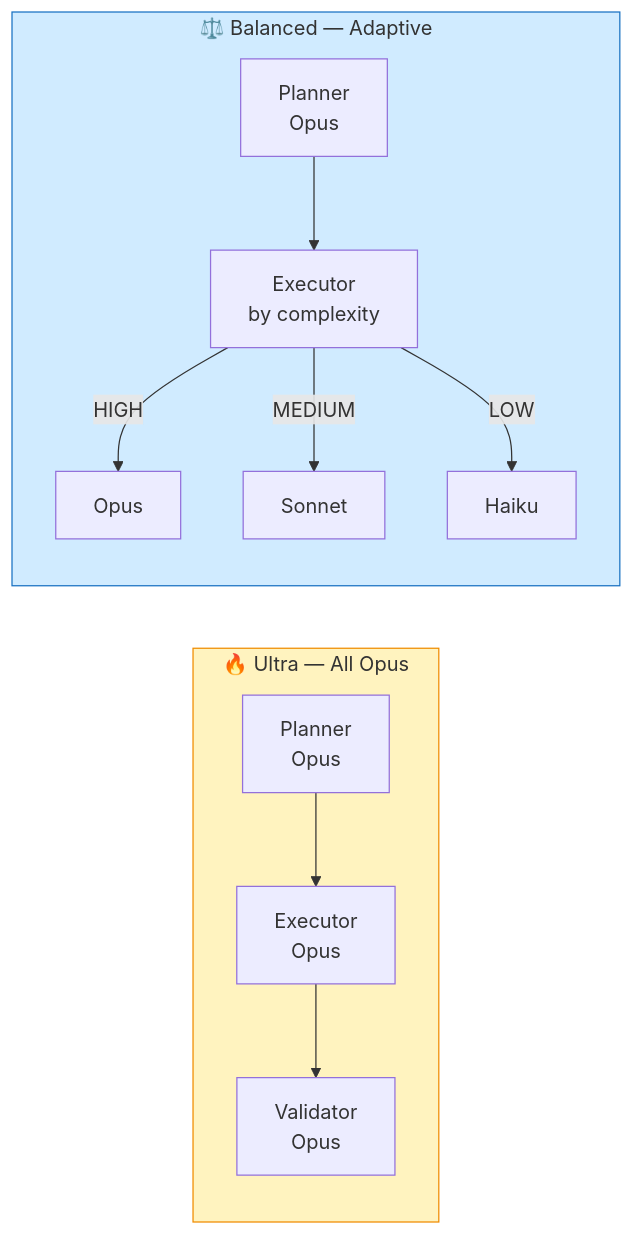
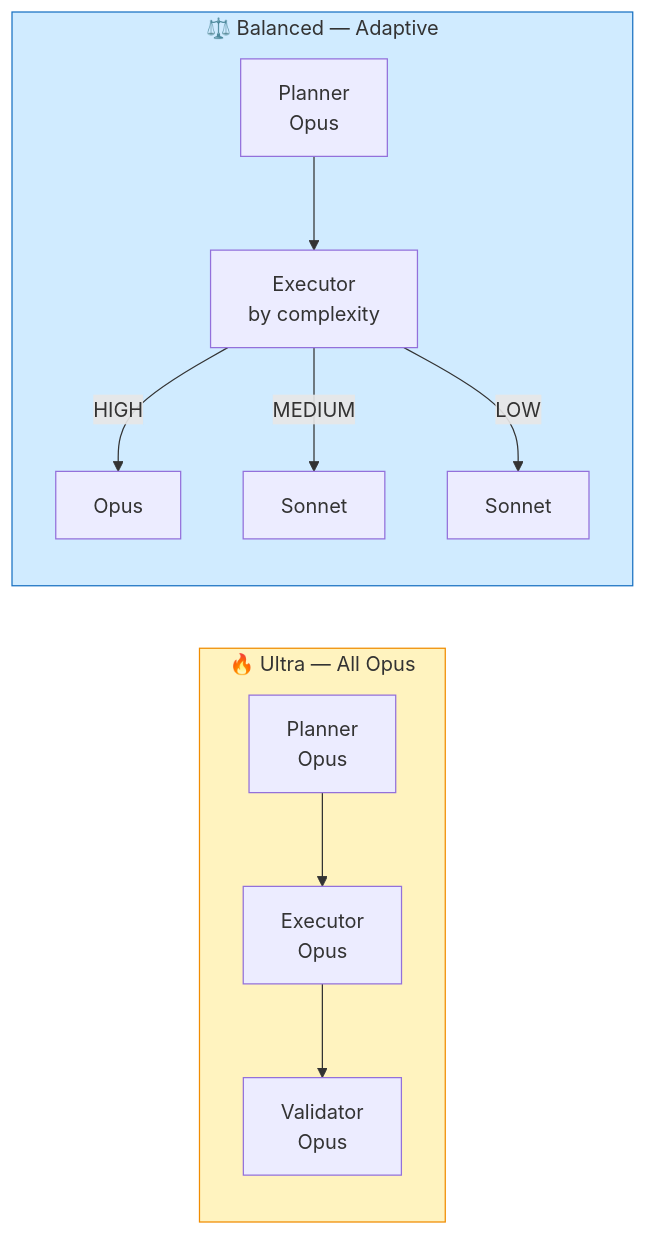
One commit to Insajin/autopus-adk changed the sixth of 7 diagrams in README.md. Above: the diagram before and after it, drawn with Mermaid. The commit also changed other lines of this file and 42 other files, not shown here.

````diff
--- a/README.md
+++ b/README.md
@@ -950,16 +972,16 @@
 ```mermaid
 flowchart LR
     subgraph Ultra ["🔥 Ultra — All Opus"]
         U1["Planner\nOpus"] --> U2["Executor\nOpus"] --> U3["Validator\nOpus"]
     end
 
     subgraph Balanced ["⚖️ Balanced — Adaptive"]
         B1["Planner\nOpus"] --> B2["Executor\nby complexity"]
         B2 -->|HIGH| BH["Opus"]
         B2 -->|MEDIUM| BM["Sonnet"]
-        B2 -->|LOW| BL["Haiku"]
+        B2 -->|LOW| BL["Sonnet"]
     end
 
     style Ultra fill:#fff3bf,stroke:#f08c00
     style Balanced fill:#d0ebff,stroke:#1971c2
 ```
````
